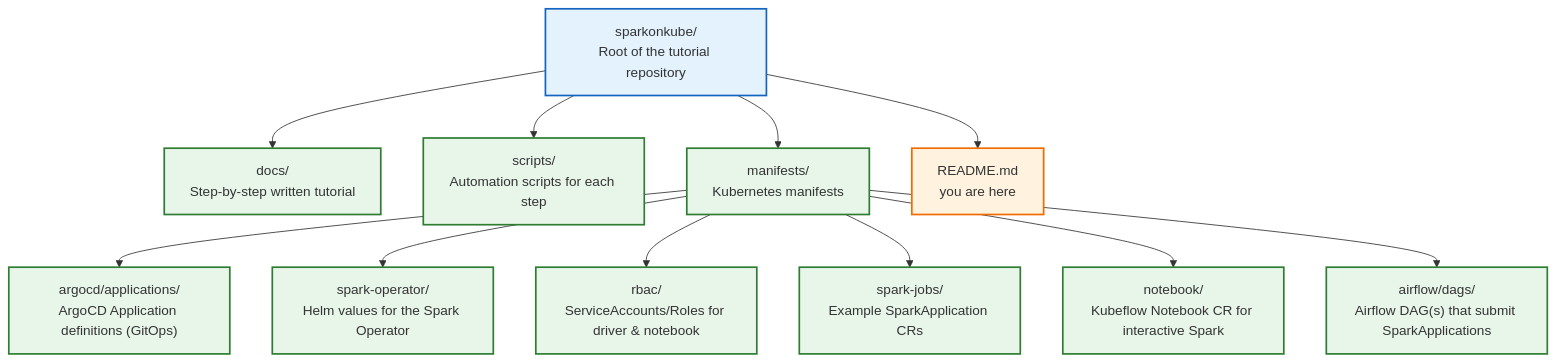
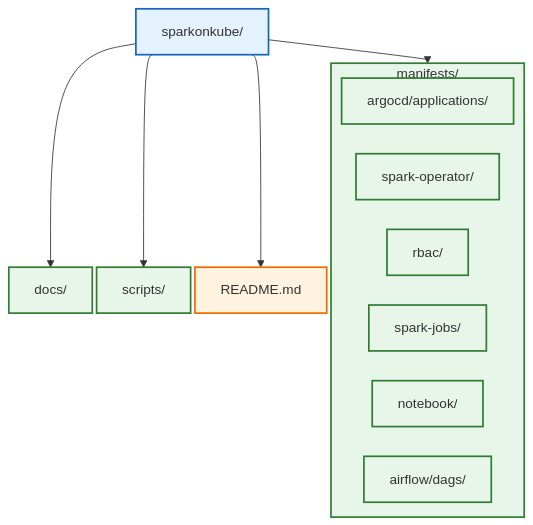
The second of 2 diagrams in README.md (rilov/sparkonkube), drawn with Mermaid before and after one commit. The commit also changed other lines of this file, not shown here.

Commit message:
docs: improve Mermaid diagram readability and layout

````diff
--- a/README.md
+++ b/README.md
@@ -79,22 +71,29 @@
 ```mermaid
+%%{init: { 'flowchart': { 'useMaxWidth': true, 'nodeSpacing': 5, 'rankSpacing': 10, 'subgraphPadding': 0 } }}%%
 flowchart TB
-    R["sparkonkube/<br/>Root of the tutorial repository"]
-    R --> A["docs/<br/>Step-by-step written tutorial"]
-    R --> B["scripts/<br/>Automation scripts for each step"]
-    R --> C["manifests/<br/>Kubernetes manifests"]
-    R --> D["README.md<br/>you are here"]
+    R[sparkonkube/]
+    R --> A[docs/]
+    R --> B[scripts/]
+    R --> D[README.md]
+    R --> manifests
 
-    C --> C1["argocd/applications/<br/>ArgoCD Application definitions (GitOps)"]
-    C --> C2["spark-operator/<br/>Helm values for the Spark Operator"]
-    C --> C3["rbac/<br/>ServiceAccounts/Roles for driver & notebook"]
-    C --> C4["spark-jobs/<br/>Example SparkApplication CRs"]
-    C --> C5["notebook/<br/>Kubeflow Notebook CR for interactive Spark"]
-    C --> C6["airflow/dags/<br/>Airflow DAG(s) that submit SparkApplications"]
+    subgraph manifests["manifests/"]
+        direction TB
+        M1[argocd/applications/]
+        M2[spark-operator/]
+        M3[rbac/]
+        M4[spark-jobs/]
+        M5[notebook/]
+        M6[airflow/dags/]
+        M1 ~~~ M2 ~~~ M3 ~~~ M4 ~~~ M5 ~~~ M6
+    end
+
+    style manifests fill:#e8f5e9,stroke:#2e7d32,stroke-width:2px
 
     classDef root fill:#e3f2fd,stroke:#1565c0,stroke-width:2px
     classDef dir fill:#e8f5e9,stroke:#2e7d32,stroke-width:2px
     classDef file fill:#fff3e0,stroke:#ef6c00,stroke-width:2px
     class R root
-    class A,B,C,C1,C2,C3,C4,C5,C6 dir
+    class A,B,M1,M2,M3,M4,M5,M6 dir
     class D file
 ```
````
